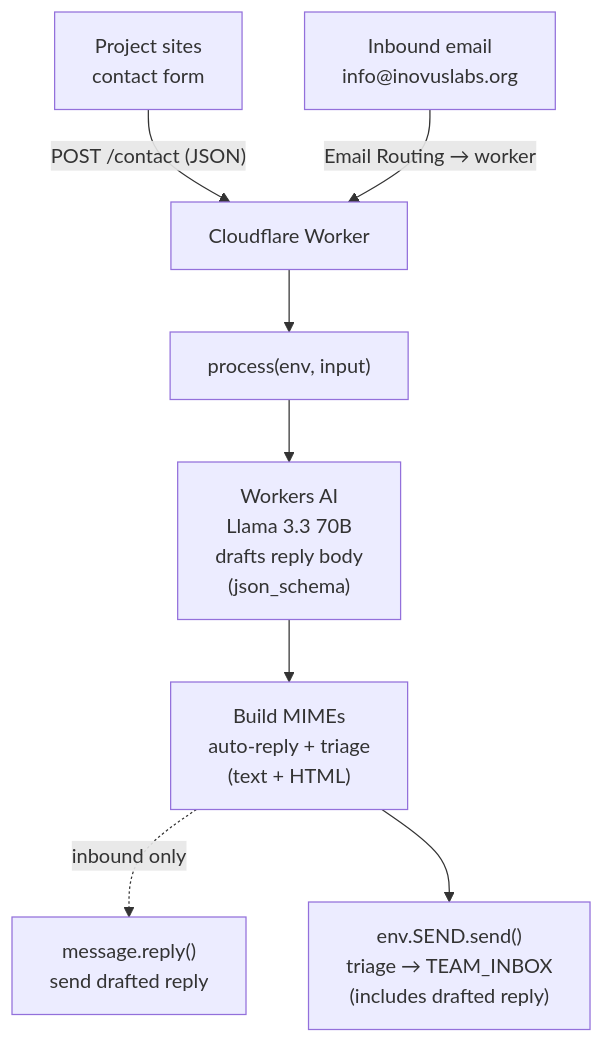
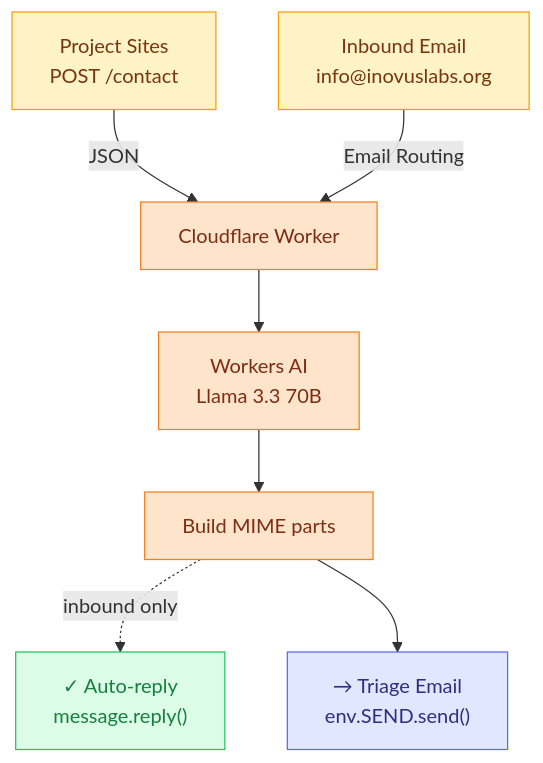
One commit to inovus-labs/support-email-worker changed the diagram in README.md. Above: the diagram before and after it, drawn with Mermaid.

Commit message:
refactor: enhance diagram clarity and structure in README for better understanding of email processing flow

````diff
--- a/README.md
+++ b/README.md
@@ -11,17 +11,29 @@
 ```mermaid
 flowchart TD
-    F["Project sites<br/>contact form"]
-    E["Inbound email<br/>info@inovuslabs.org"]
+    %% ── Inputs ──────────────────────────────────
+    F["Project Sites<br/>POST /contact"]:::form
+    E["Inbound Email<br/>info@inovuslabs.org"]:::email
 
-    F -- "POST /contact (JSON)" --> W
-    E -- "Email Routing → worker" --> W
+    %% ── Processing pipeline ─────────────────────
+    W["Cloudflare Worker"]:::cf
+    AI["Workers AI<br/>Llama 3.3 70B"]:::cf
+    BUILD["Build MIME parts"]:::cf
 
-    W["Cloudflare Worker"]
-    W --> Pr["process(env, input)"]
+    %% ── Outputs ─────────────────────────────────
+    REPLY["✓ Auto-reply<br/>message.reply()"]:::reply
+    TRIAGE["→ Triage Email<br/>env.SEND.send()"]:::triage
 
-    Pr --> C["Workers AI<br/>Llama 3.3 70B<br/>drafts reply body<br/>(json_schema)"]
-    C --> B["Build MIMEs<br/>auto-reply + triage<br/>(text + HTML)"]
+    %% ── Flow ────────────────────────────────────
+    F -->|JSON| W
+    E -->|Email Routing| W
+    W --> AI
+    AI --> BUILD
+    BUILD -.->|inbound only| REPLY
+    BUILD --> TRIAGE
 
-    B -. "inbound only" .-> R["message.reply()<br/>send drafted reply"]
-    B --> S["env.SEND.send()<br/>triage → TEAM_INBOX<br/>(includes drafted reply)"]
+    classDef form   fill:#FEF3C7,stroke:#F59E0B,color:#78350F;
+    classDef email  fill:#FEF3C7,stroke:#F59E0B,color:#78350F;
+    classDef cf     fill:#FFE4CC,stroke:#F38020,color:#7C2D12;
+    classDef reply  fill:#DCFCE7,stroke:#22C55E,color:#15803D;
+    classDef triage fill:#E0E7FF,stroke:#6366F1,color:#312E81;
 ```
````
